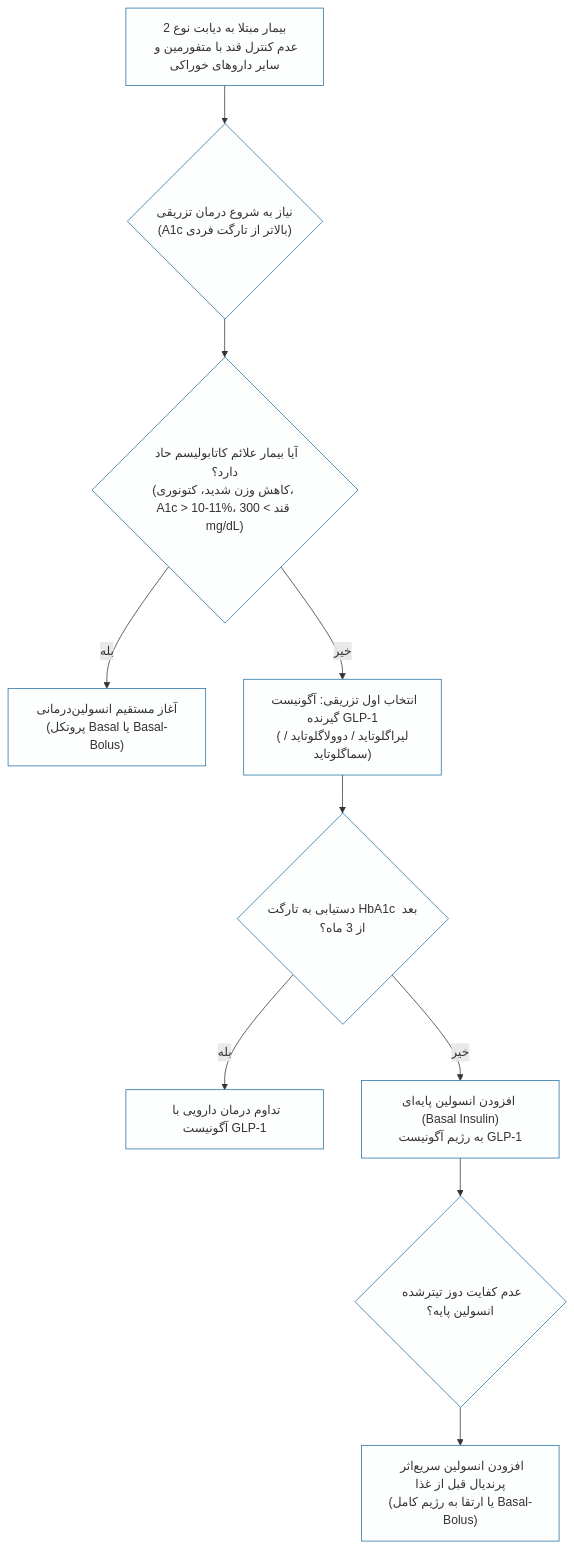
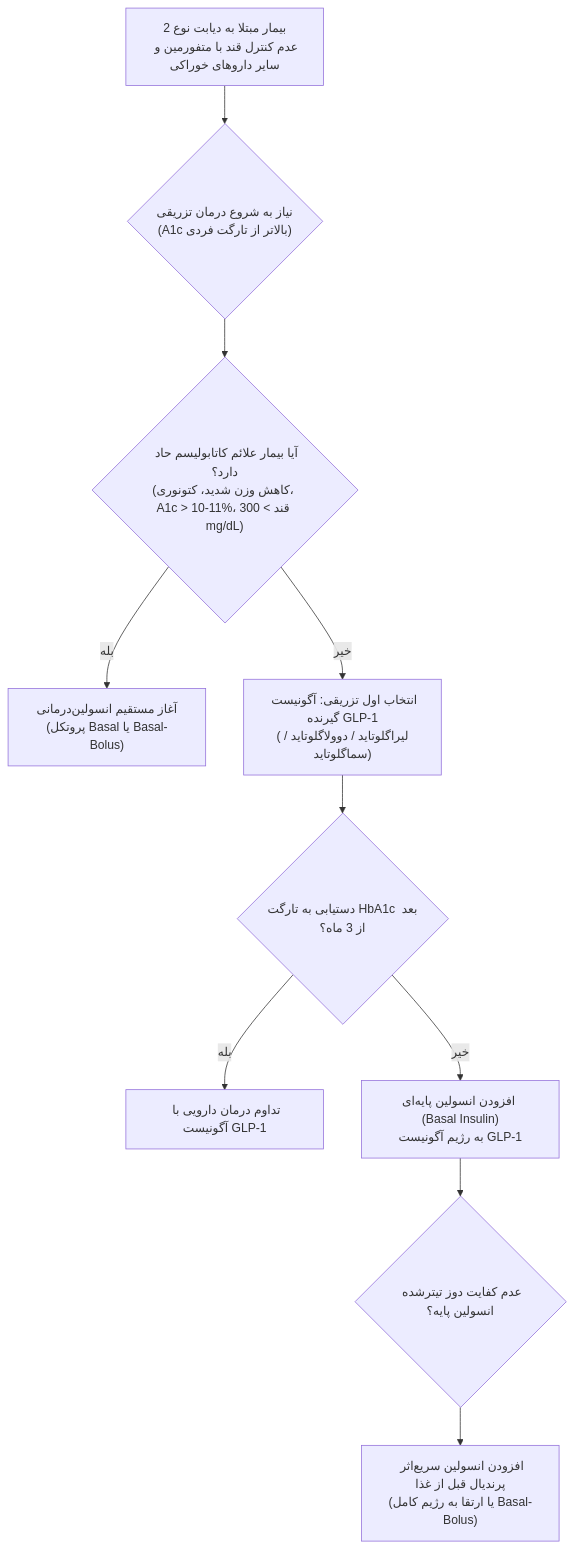
Diagram 12 of 15 in 7/مبانی غدد/دیابت.md (neopulse-hub/TUMS-1396-1-material-notes), drawn with Mermaid before and after one commit. The commit also changed other lines of this file, not shown here.

````diff
--- a/7/مبانی غدد/دیابت.md
+++ b/7/مبانی غدد/دیابت.md
@@ -610,20 +593,18 @@
 ```mermaid
 flowchart TD
     OralFail["بیمار مبتلا به دیابت نوع 2<br>عدم کنترل قند با متفورمین و سایر داروهای خوراکی"] --> InjNeed{"نیاز به شروع درمان تزریقی<br>(A1c بالاتر از تارگت فردی)"}
     
     InjNeed --> Catabolic{"آیا بیمار علائم کاتابولیسم حاد دارد؟<br>(کاهش وزن شدید، کتونوری، A1c > 10-11%، قند > 300 mg/dL)"}
     
     Catabolic -->|بله| StartInsulin["آغاز مستقیم انسولین‌درمانی<br>(پروتکل Basal یا Basal-Bolus)"]
     
     Catabolic -->|خیر| GLP1First["انتخاب اول تزریقی: آگونیست گیرنده GLP-1<br>(لیراگلوتاید / دوولاگلوتاید / سماگلوتاید)"]
     
     GLP1First --> Assess{"دستیابی به تارگت HbA1c بعد از 3 ماه؟"}
     Assess -->|بله| ContGLP1["تداوم درمان دارویی با آگونیست GLP-1"]
     Assess -->|خیر| AddBasal["افزودن انسولین پایه‌ای (Basal Insulin)<br>به رژیم آگونیست GLP-1"]
     
     AddBasal --> BasalAssess{"عدم کفایت دوز تیترشده انسولین پایه؟"}
     BasalAssess --> AddPrandial["افزودن انسولین سریع‌اثر پرندیال قبل از غذا<br>(یا ارتقا به رژیم کامل Basal-Bolus)"]
 
-    classDef inj fill:#fdfefe,stroke:#2471a3,stroke-width:1px;
-    class OralFail,InjNeed,Catabolic,StartInsulin,GLP1First,Assess,ContGLP1,AddBasal,BasalAssess,AddPrandial inj;
 ```
````
